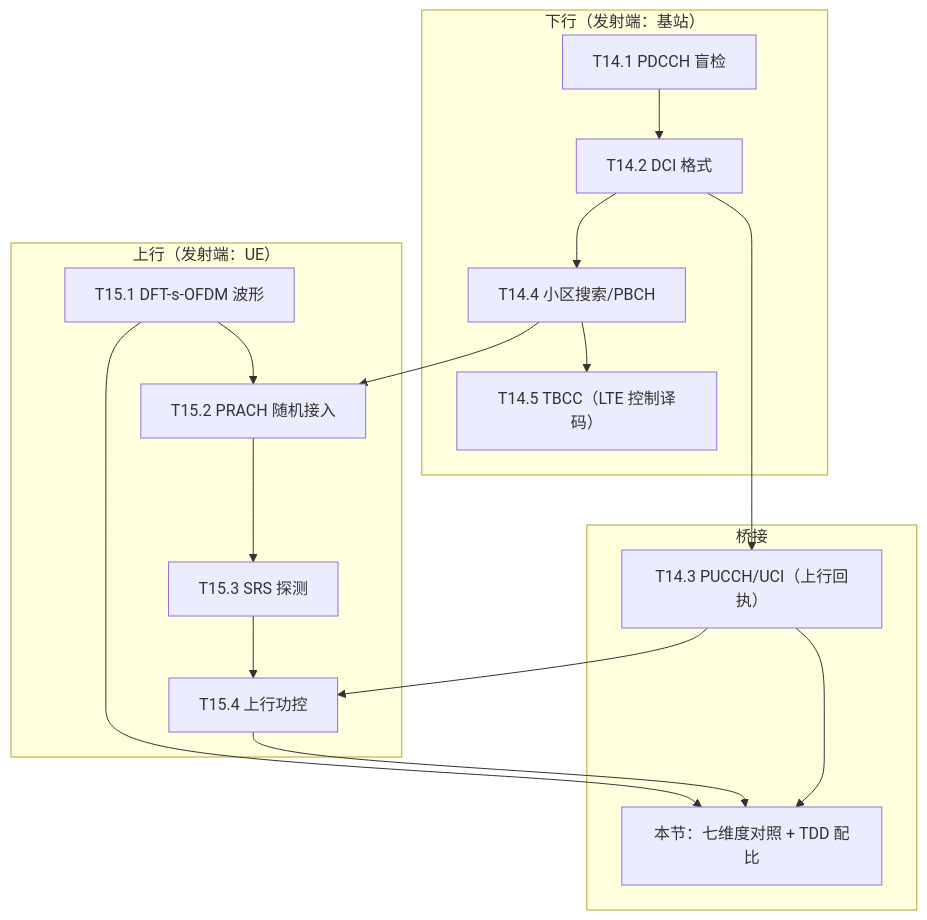
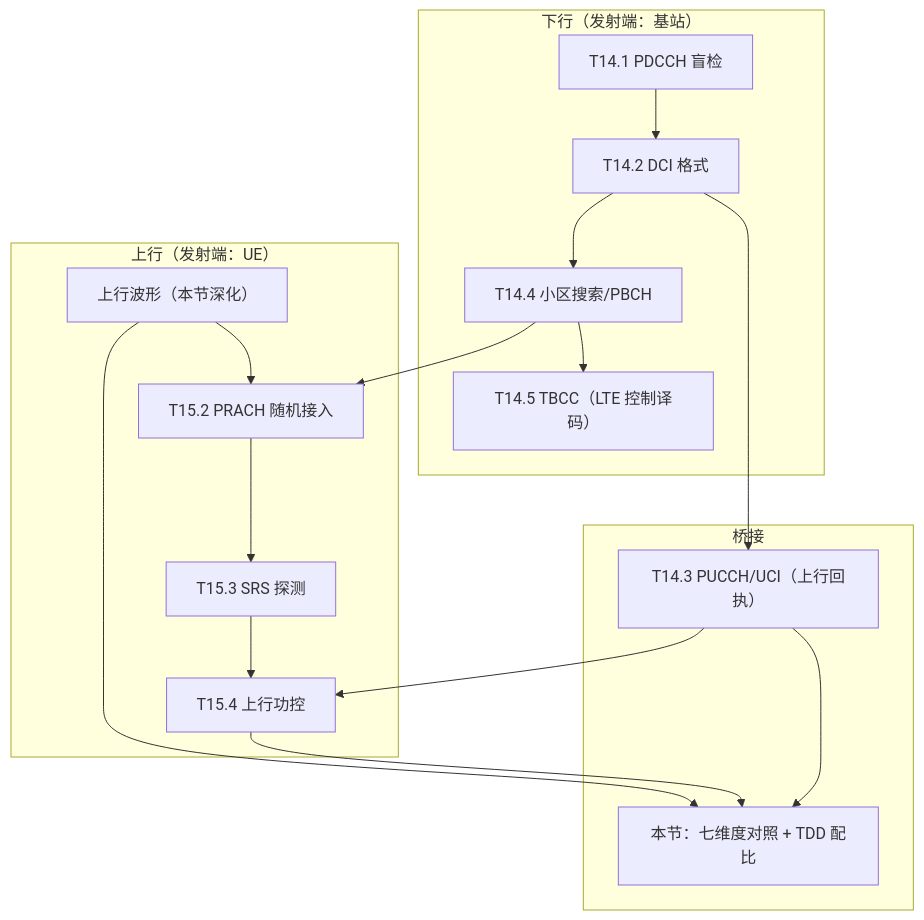
The diagram in 3gpp/docs/L2_协议算法/T15.5_NR_DL_UL_differences.md (AuroraYaus/obsidian), drawn with Mermaid before and after one commit. The commit also changed other lines of this file and 7 other files, not shown here.

````diff
--- a/3gpp/docs/L2_协议算法/T15.5_NR_DL_UL_differences.md
+++ b/3gpp/docs/L2_协议算法/T15.5_NR_DL_UL_differences.md
@@ -209,23 +248,23 @@
 ```mermaid
 flowchart TB
     subgraph DL["下行（发射端：基站）"]
         A["T14.1 PDCCH 盲检"] --> B["T14.2 DCI 格式"]
         B --> C["T14.4 小区搜索/PBCH"]
         C --> D["T14.5 TBCC（LTE 控制译码）"]
     end
     subgraph UL["上行（发射端：UE）"]
-        E["T15.1 DFT-s-OFDM 波形"] --> F["T15.2 PRACH 随机接入"]
+        E["上行波形（本节深化）"] --> F["T15.2 PRACH 随机接入"]
         F --> G["T15.3 SRS 探测"]
         G --> H["T15.4 上行功控"]
     end
     subgraph BR["桥接"]
         I["T14.3 PUCCH/UCI（上行回执）"]
         J["本节：七维度对照 + TDD 配比"]
     end
     B --> I
     I --> H
     C --> F
     E --> J
     H --> J
     I --> J
 ```
````
